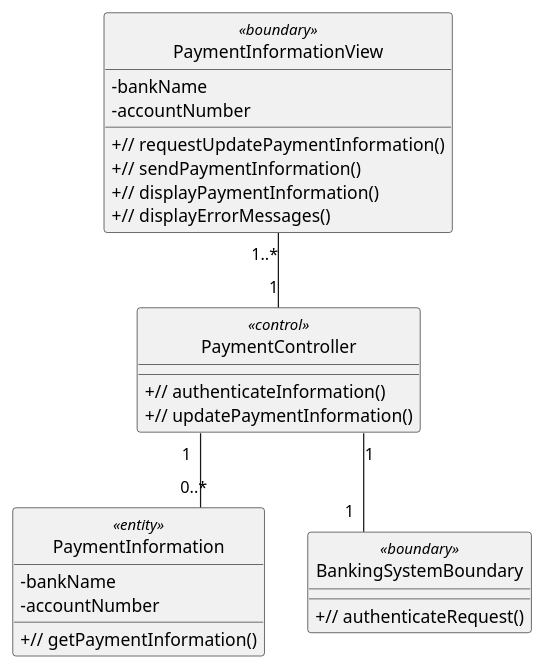
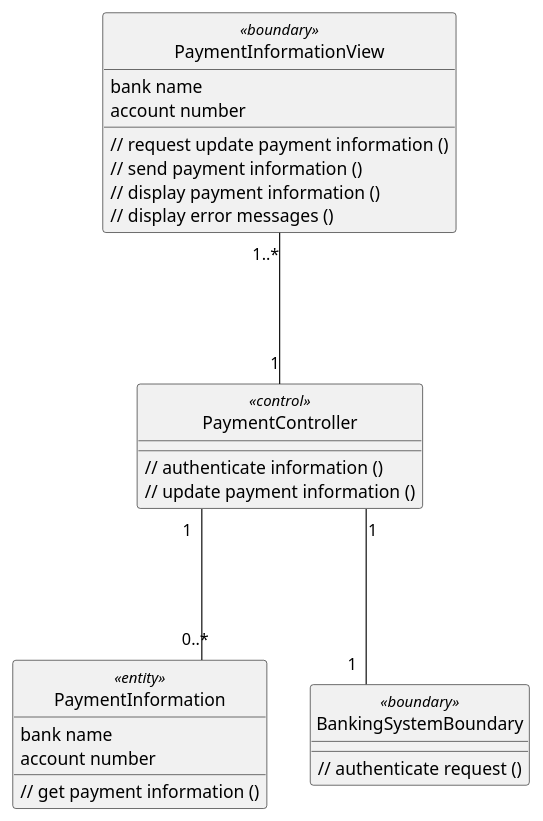
Before and after one commit to anhbanlinhle/velocity-exchange: the diagram in uml/analysis/class/update_payment_information.pu, drawn with PlantUML. The commit also changed 3 other files, not shown here.

Commit message:
doc[lynn]: vopc diagram 4-6-7-8

```diff
--- a/uml/analysis/class/update_payment_information.pu
+++ b/uml/analysis/class/update_payment_information.pu
@@ -1,46 +1,46 @@
 @startuml 
 skinparam classAttributeIconSize 0
 skinparam linetype ortho
 hide circle
 class PaymentInformationView <<boundary>> {
-    - bankName
-    - accountNumber
+    bank name
+    account number
 
-    + // requestUpdatePaymentInformation()
-    + // sendPaymentInformation()
-    + // displayPaymentInformation()
-    + // displayErrorMessages()
+    // request update payment information ()
+    // send payment information ()
+    // display payment information ()
+    // display error messages ()
 
     }
 
 class PaymentController <<control>> {
     
 
-    + // authenticateInformation()
-    + // updatePaymentInformation()
+    // authenticate information ()
+    // update payment information ()
 
     }
 
 class PaymentInformation <<entity>> {
-    -bankName
-    -accountNumber
+    bank name
+    account number
 
-    + // getPaymentInformation()
+    // get payment information ()
 
     }
 
 class BankingSystemBoundary <<boundary>> {
     
 
-    + // authenticateRequest()
+    // authenticate request ()
 
 
     }
 
-PaymentInformationView "1..*" -- "1" PaymentController
+PaymentInformationView "1..*" --- "1" PaymentController
 
-PaymentController "1" -- "0..*" PaymentInformation
+PaymentController "1" --- "0..*" PaymentInformation
 
-PaymentController "1" -- "1" BankingSystemBoundary
+PaymentController "1" --- "1" BankingSystemBoundary
 
 @enduml
```
